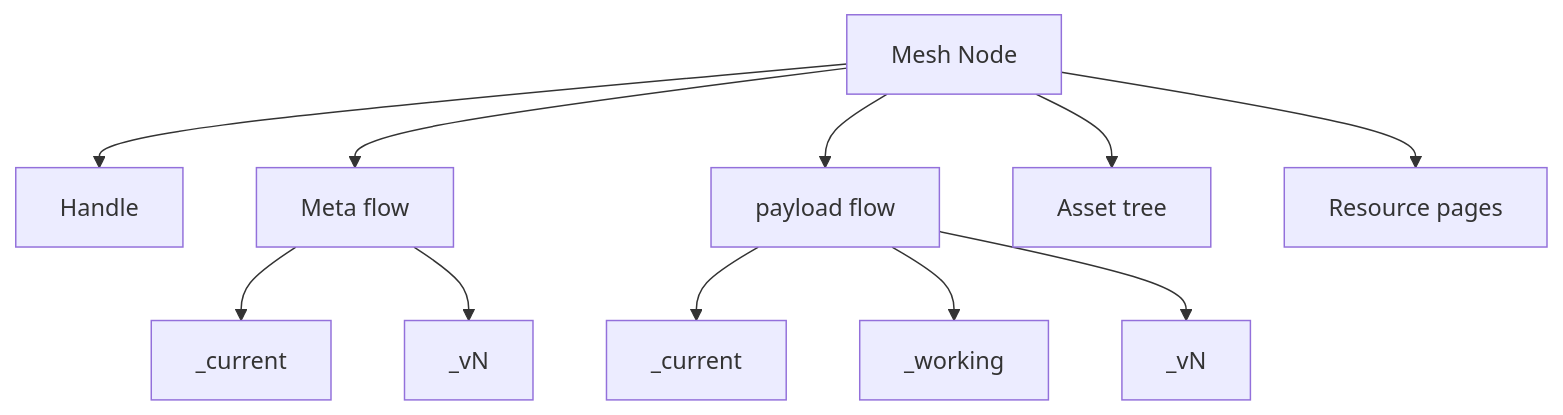
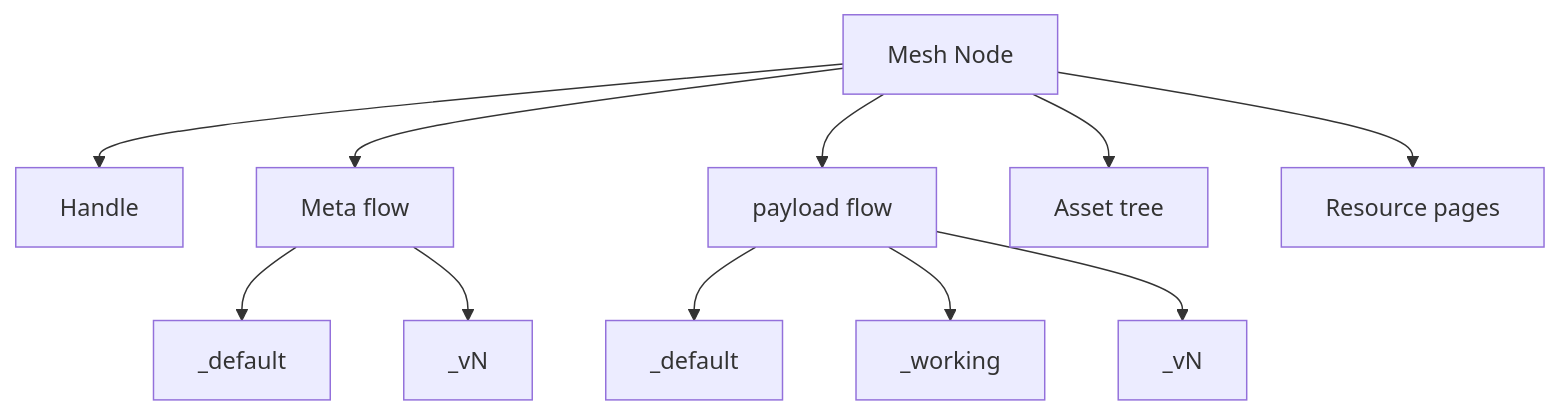
The diagram in documentation/concept.summary.md (semantic-flow/sflo), drawn with Mermaid before and after one commit. The commit also changed other lines of this file and 32 other files, not shown here.

````diff
--- a/documentation/concept.summary.md
+++ b/documentation/concept.summary.md
@@ -197,14 +197,14 @@
 ```mermaid
 graph TD
   A[Mesh Node] --> B[Handle]
   A --> C[Meta flow]
   A --> E[payload flow]
   A --> G[Asset tree]
   A --> H[Resource pages]
 
-  C --> C1[_current]
+  C --> C1[_default]
   C --> C2[_vN]
-  E --> E1[_current]
+  E --> E1[_default]
   E --> E2[_working]
   E --> E3[_vN]
 ```
````
